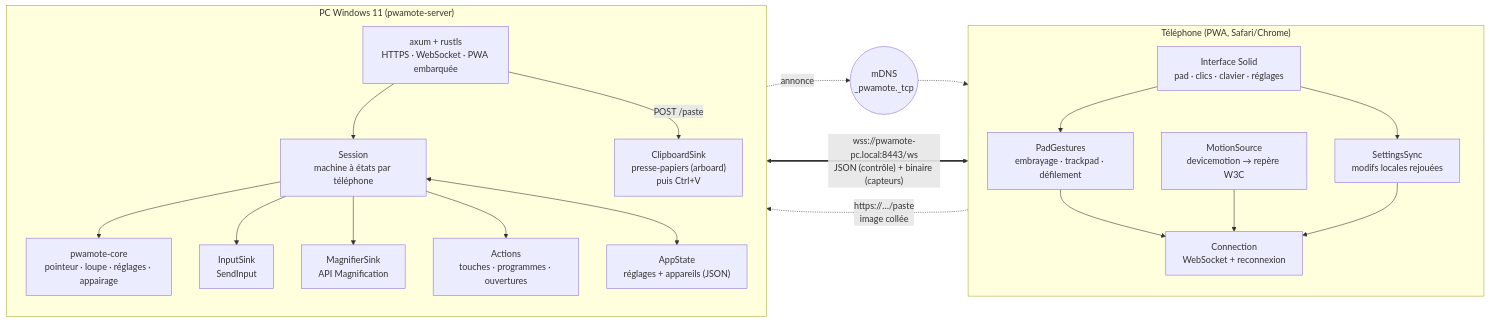
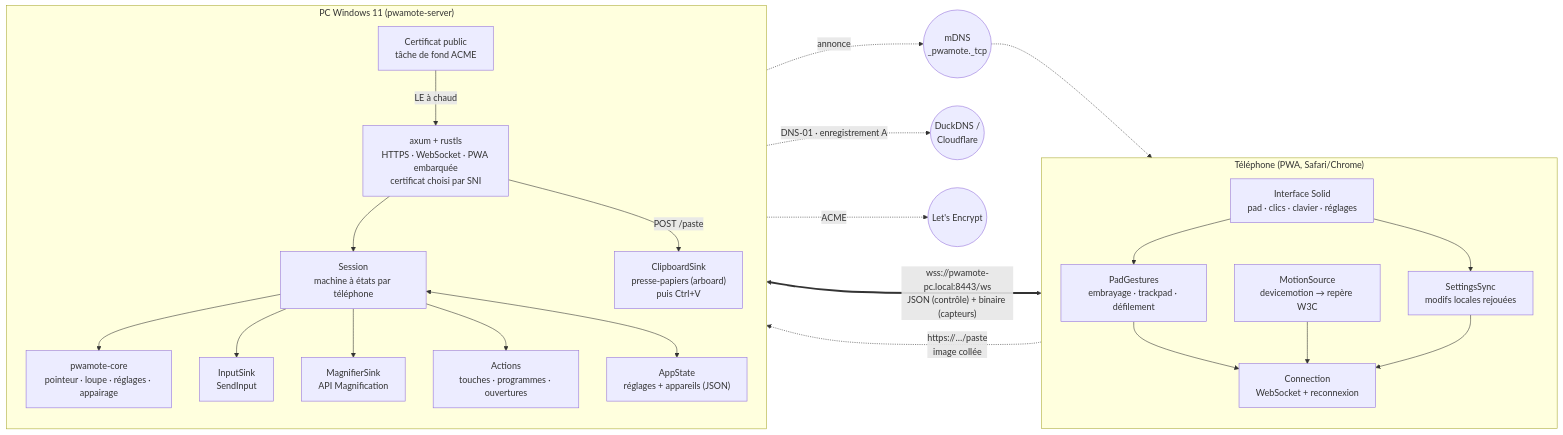
The first of 21 diagrams in docs/architecture.md (wardensfx/pwamote), drawn with Mermaid before and after one commit. The commit also changed other lines of this file and 31 other files, not shown here.

First line of the commit message:
feat(server): certificat Let's Encrypt (DNS-01) avec repli sur l'autorité locale

````diff
--- a/docs/architecture.md
+++ b/docs/architecture.md
@@ -7,37 +7,41 @@
 ```mermaid
 flowchart LR
   subgraph Phone["Téléphone (PWA, Safari/Chrome)"]
     direction TB
     UI["Interface Solid<br/>pad · clics · clavier · réglages"]
     MOT["MotionSource<br/>devicemotion → repère W3C"]
     PAD["PadGestures<br/>embrayage · trackpad · défilement"]
     SYNC["SettingsSync<br/>modifs locales rejouées"]
     CONN["Connection<br/>WebSocket + reconnexion"]
     UI --> PAD --> CONN
     MOT --> CONN
     UI --> SYNC --> CONN
   end
 
   subgraph PC["PC Windows 11 (pwamote-server)"]
     direction TB
-    WEB["axum + rustls<br/>HTTPS · WebSocket · PWA embarquée"]
+    WEB["axum + rustls<br/>HTTPS · WebSocket · PWA embarquée<br/>certificat choisi par SNI"]
+    CERT["Certificat public<br/>tâche de fond ACME"]
     SES["Session<br/>machine à états par téléphone"]
     CORE["pwamote-core<br/>pointeur · loupe · réglages · appairage"]
     IN["InputSink<br/>SendInput"]
     MAG["MagnifierSink<br/>API Magnification"]
     CLIP["ClipboardSink<br/>presse-papiers (arboard)<br/>puis Ctrl+V"]
     ACT["Actions<br/>touches · programmes · ouvertures"]
     ST["AppState<br/>réglages + appareils (JSON)"]
     WEB --> SES --> CORE
     SES --> IN
     SES --> MAG
     SES --> ACT
     SES <--> ST
     WEB -- "POST /paste" --> CLIP
+    CERT -- "LE à chaud" --> WEB
   end
 
   CONN <== "wss://pwamote-pc.local:8443/ws<br/>JSON (contrôle) + binaire (capteurs)" ==> WEB
   UI -. "https://…/paste<br/>image collée" .-> WEB
   MDNS(("mDNS<br/>_pwamote._tcp")) -.-> Phone
   WEB -.annonce.-> MDNS
+  CERT -. "DNS-01 · enregistrement A" .-> DNSP(("DuckDNS /<br/>Cloudflare"))
+  CERT -. ACME .-> LEN(("Let's Encrypt"))
 ```
````
